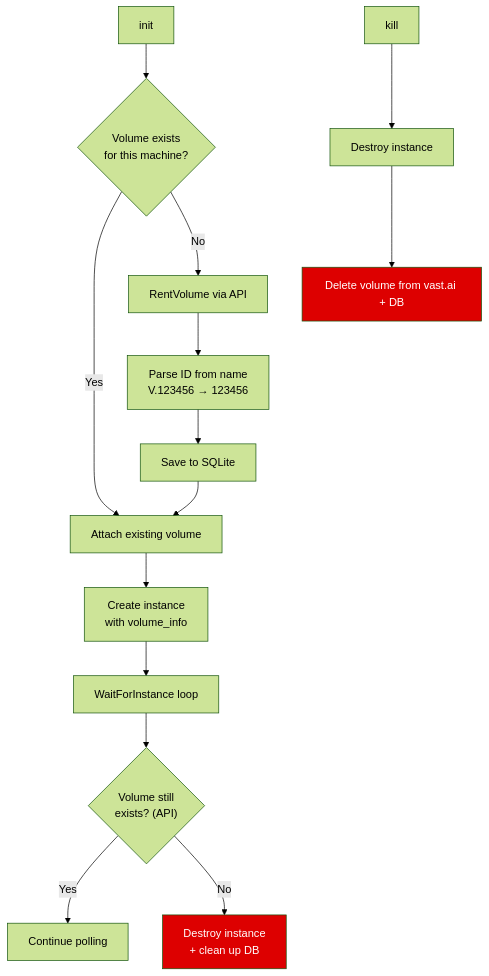
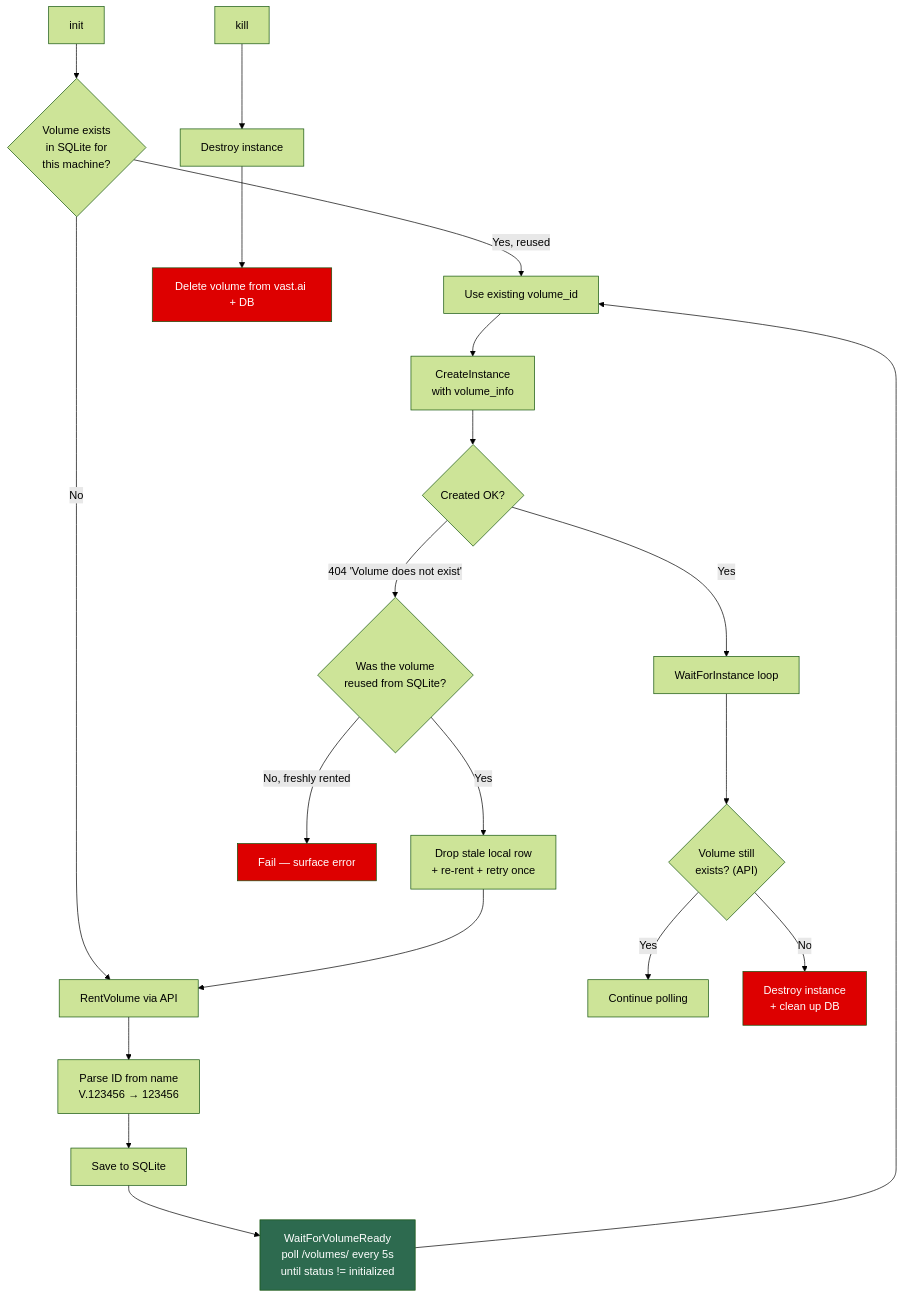
Before and after one commit to WWTLF/mycodeagent: the fourth of 7 diagrams in docs/Solution.md, drawn with Mermaid (forest theme). The commit also changed other lines of this file and 14 other files, not shown here.

````diff
--- a/docs/Solution.md
+++ b/docs/Solution.md
@@ -166,21 +181,30 @@
 ```mermaid
 flowchart TD
-    INIT["init <model>"] --> CHECK{"Volume exists<br/>for this machine?"}
-    CHECK -->|Yes| ATTACH["Attach existing volume"]
+    INIT["init <model>"] --> CHECK{"Volume exists<br/>in SQLite for<br/>this machine?"}
+    CHECK -->|Yes, reused| ATTACH["Use existing volume_id"]
     CHECK -->|No| CREATE["RentVolume via API"]
     CREATE --> PARSE["Parse ID from name<br/>V.123456 → 123456"]
     PARSE --> SAVE["Save to SQLite"]
-    SAVE --> ATTACH
-    ATTACH --> INSTANCE["Create instance<br/>with volume_info"]
+    SAVE --> WAITREADY["WaitForVolumeReady<br/>poll /volumes/ every 5s<br/>until status != initialized"]
+    WAITREADY --> ATTACH
+    ATTACH --> INSTANCE["CreateInstance<br/>with volume_info"]
 
-    INSTANCE --> POLL["WaitForInstance loop"]
+    INSTANCE --> CREATEOK{"Created OK?"}
+    CREATEOK -->|Yes| POLL["WaitForInstance loop"]
+    CREATEOK -->|404 'Volume does not exist'| STALECHECK{"Was the volume<br/>reused from SQLite?"}
+    STALECHECK -->|Yes| DROP["Drop stale local row<br/>+ re-rent + retry once"]
+    DROP --> CREATE
+    STALECHECK -->|No, freshly rented| FAIL["Fail — surface error"]
+
     POLL --> VOLCHECK{"Volume still<br/>exists? (API)"}
     VOLCHECK -->|Yes| CONTINUE["Continue polling"]
     VOLCHECK -->|No| DESTROY["Destroy instance<br/>+ clean up DB"]
 
     KILL["kill <id>"] --> KILLINST["Destroy instance"]
     KILLINST --> KILLVOL["Delete volume from vast.ai + DB"]
 
     style DESTROY fill:#d00,color:#fff
     style KILLVOL fill:#d00,color:#fff
+    style FAIL fill:#d00,color:#fff
+    style WAITREADY fill:#2d6a4f,color:#fff
 ```
````
